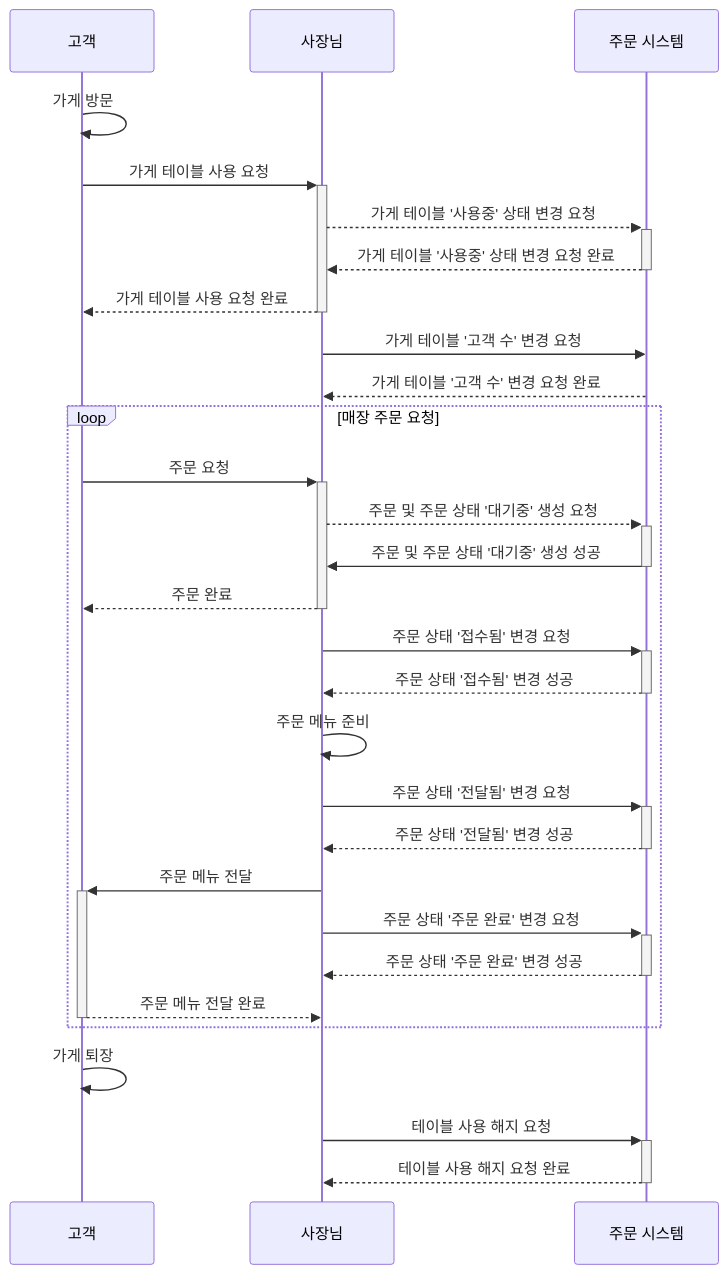
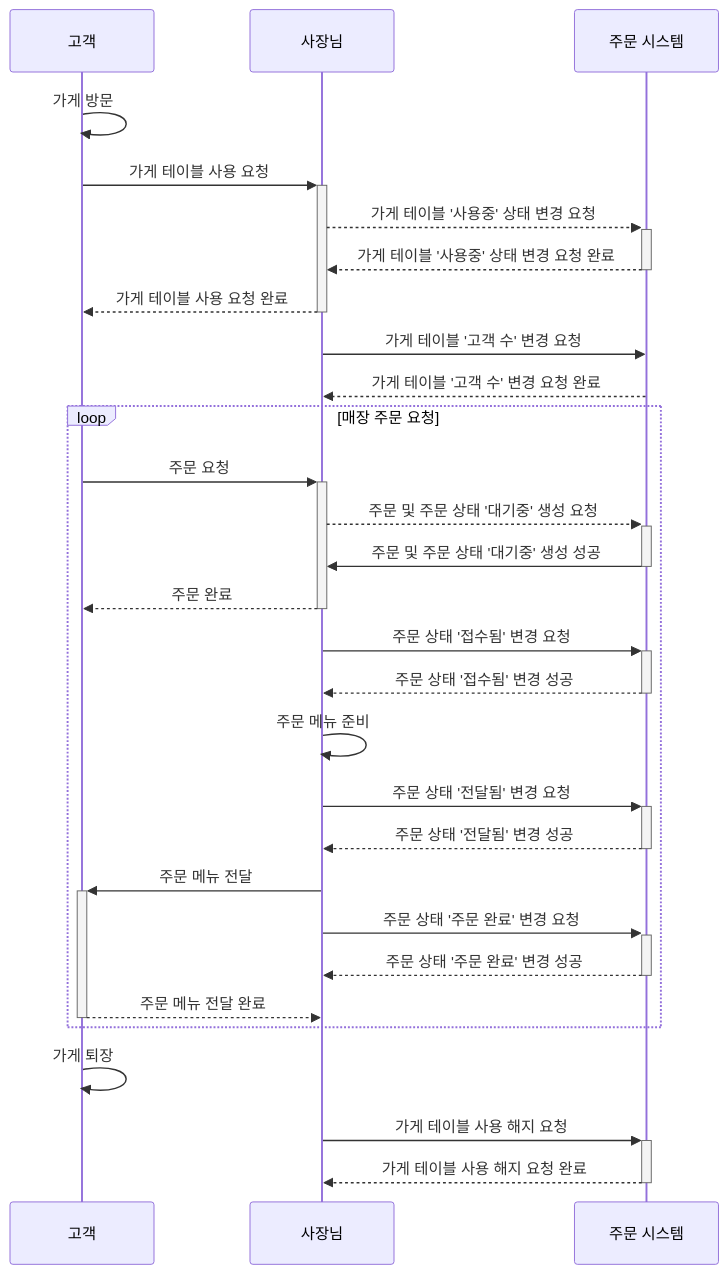
Before and after one commit to next-step/ddd-strategic-design: diagram 26 of 28 in README.md, drawn with Mermaid. The commit also changed other lines of this file, not shown here.

````diff
--- a/README.md
+++ b/README.md
@@ -504,36 +713,35 @@
 ```mermaid
 sequenceDiagram
     participant Customer as 고객
     participant RestaurantOwner as 사장님
     participant System as 주문 시스템
     
     Customer->>Customer: 가게 방문
     Customer->>+RestaurantOwner: 가게 테이블 사용 요청
     RestaurantOwner-->>+System: 가게 테이블 '사용중' 상태 변경 요청 
     System-->>-RestaurantOwner: 가게 테이블 '사용중' 상태 변경 요청 완료
     RestaurantOwner-->>-Customer: 가게 테이블 사용 요청 완료
     
     RestaurantOwner->>System: 가게 테이블 '고객 수' 변경 요청 
     System-->>RestaurantOwner: 가게 테이블 '고객 수' 변경 요청 완료
     
     loop 매장 주문 요청
     Customer->>+RestaurantOwner: 주문 요청
     RestaurantOwner-->>+System: 주문 및 주문 상태 '대기중' 생성 요청
     System->>-RestaurantOwner: 주문 및 주문 상태 '대기중' 생성 성공
     RestaurantOwner-->>-Customer: 주문 완료
     RestaurantOwner->>+System: 주문 상태 '접수됨' 변경 요청
     System-->>-RestaurantOwner: 주문 상태 '접수됨' 변경 성공 
     
     RestaurantOwner->>RestaurantOwner: 주문 메뉴 준비    
     RestaurantOwner->>+System: 주문 상태 '전달됨' 변경 요청
     System-->>-RestaurantOwner: 주문 상태 '전달됨' 변경 성공
     RestaurantOwner->>+Customer: 주문 메뉴 전달
     RestaurantOwner->>+System: 주문 상태 '주문 완료' 변경 요청
     System-->>-RestaurantOwner: 주문 상태 '주문 완료' 변경 성공 
     Customer-->>-RestaurantOwner: 주문 메뉴 전달 완료
     end
     Customer->>Customer: 가게 퇴장
-    RestaurantOwner->>+System: 테이블 사용 해지 요청
-    System-->>-RestaurantOwner: 테이블 사용 해지 요청 완료  
-    
+    RestaurantOwner->>+System: 가게 테이블 사용 해지 요청
+    System-->>-RestaurantOwner: 가게 테이블 사용 해지 요청 완료  
 ```
````
